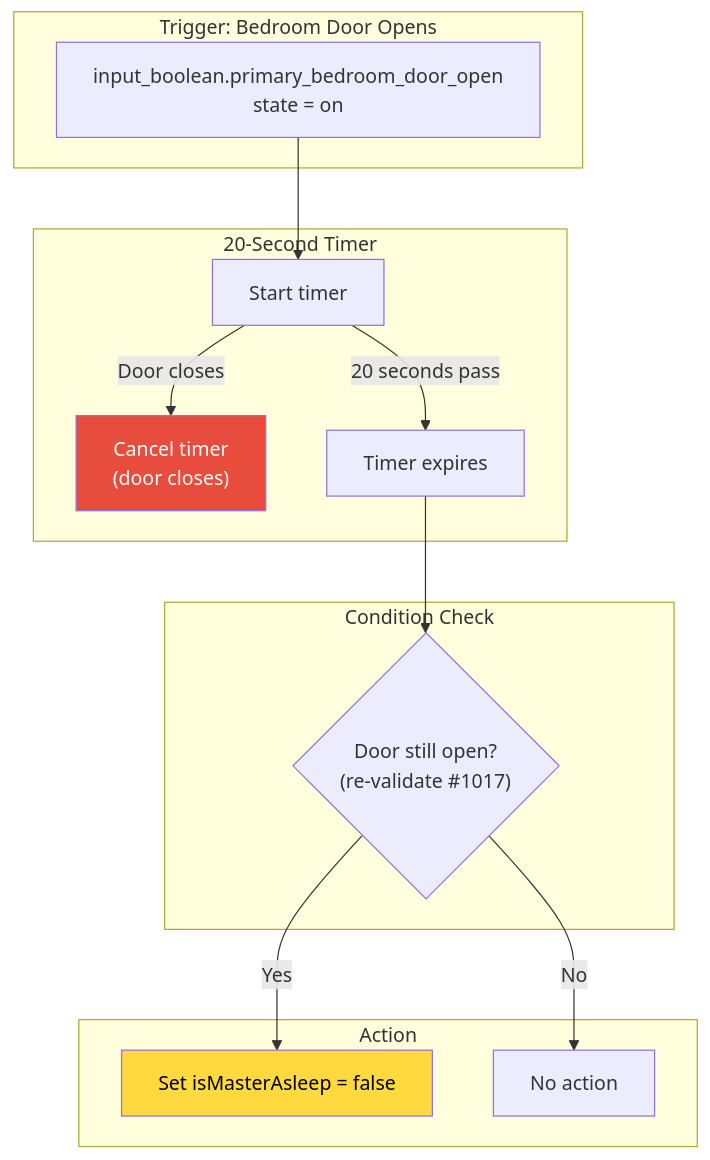
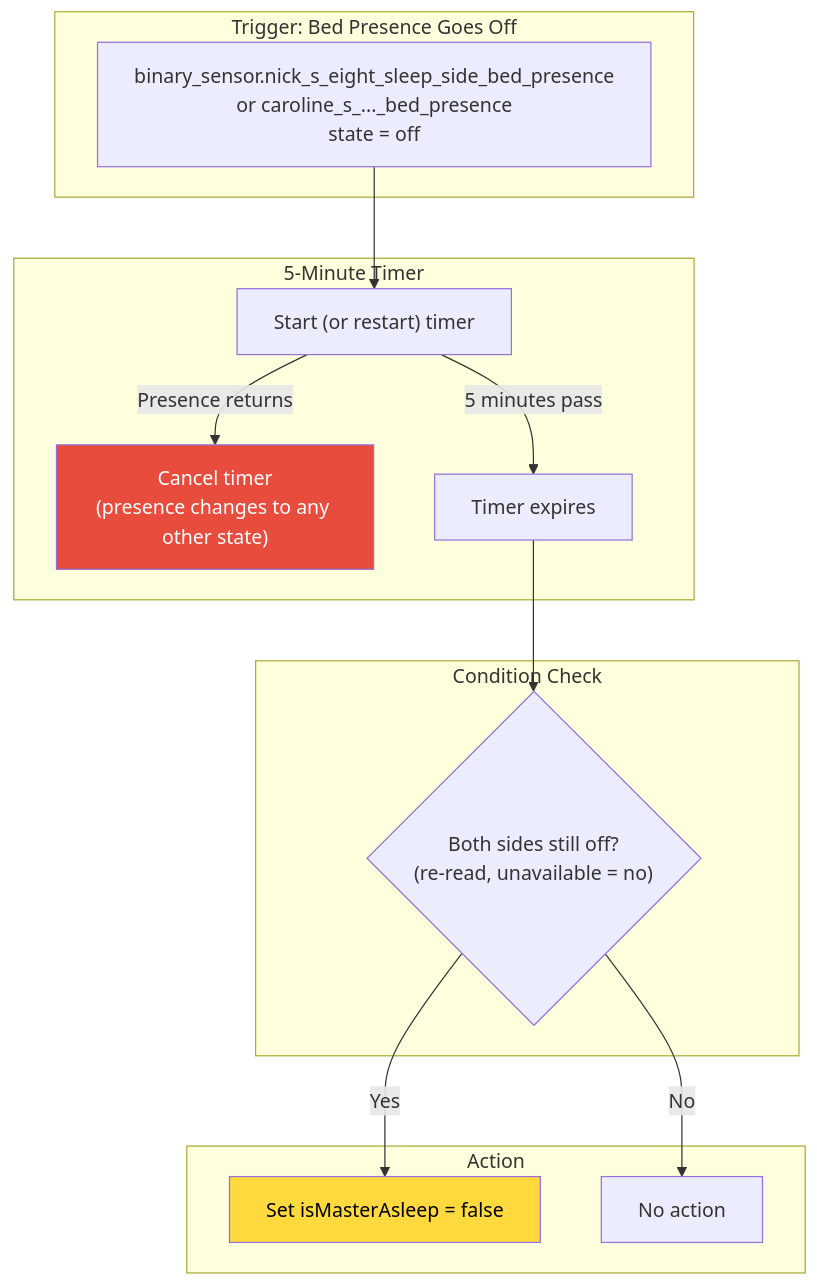
One commit to NickBorgers/home-automation changed the third of 6 diagrams in docs/flows/STATE_TRACKING.md. Above: the diagram before and after it, drawn with Mermaid. The commit also changed other lines of this file and 3 other files, not shown here.

First line of the commit message:
feat(statetracking): wake detection from Eight Sleep bed presence (#1170)

````diff
--- a/docs/flows/STATE_TRACKING.md
+++ b/docs/flows/STATE_TRACKING.md
@@ -113,31 +117,31 @@
 ```mermaid
 flowchart TD
-    subgraph Trigger["Trigger: Bedroom Door Opens"]
-        doorOpen["input_boolean.primary_bedroom_door_open<br/>state = on"]
+    subgraph Trigger["Trigger: Bed Presence Goes Off"]
+        presenceOff["binary_sensor.nick_s_eight_sleep_side_bed_presence<br/>or caroline_s_..._bed_presence<br/>state = off"]
     end
 
-    subgraph Timer["20-Second Timer"]
-        start["Start timer"]
-        cancel["Cancel timer<br/>(door closes)"]
+    subgraph Timer["5-Minute Timer"]
+        start["Start (or restart) timer"]
+        cancel["Cancel timer<br/>(presence changes to any other state)"]
         expire["Timer expires"]
     end
 
     subgraph Check["Condition Check"]
-        checkDoor{"Door still open?<br/>(re-validate #1017)"}
+        checkBoth{"Both sides still off?<br/>(re-read, unavailable = no)"}
     end
 
     subgraph Action["Action"]
         setAwake["Set isMasterAsleep = false"]
         skipWake["No action"]
     end
 
-    doorOpen --> start
-    start -->|Door closes| cancel
-    start -->|20 seconds pass| expire
-    expire --> checkDoor
-    checkDoor -->|No| skipWake
-    checkDoor -->|Yes| setAwake
+    presenceOff --> start
+    start -->|Presence returns| cancel
+    start -->|5 minutes pass| expire
+    expire --> checkBoth
+    checkBoth -->|No| skipWake
+    checkBoth -->|Yes| setAwake
 
     style setAwake fill:#ffd93d,color:#000
     style cancel fill:#e74c3c,color:#fff
 ```
````
